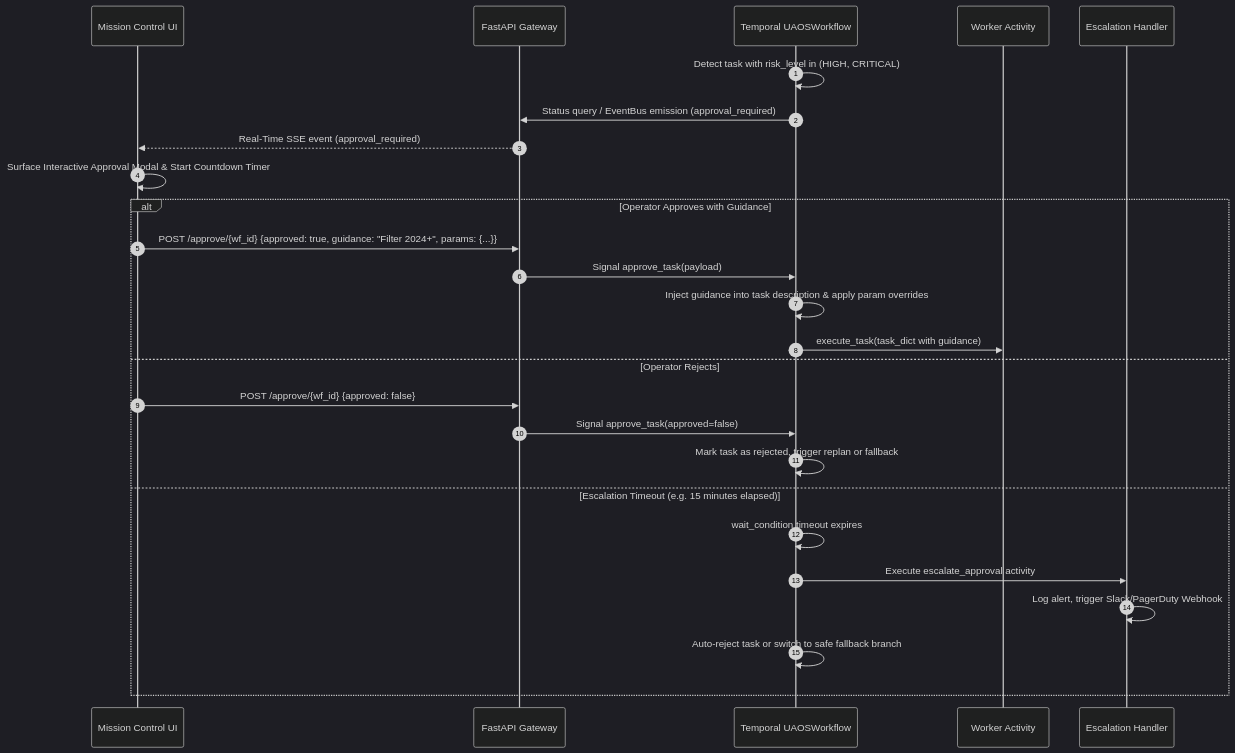
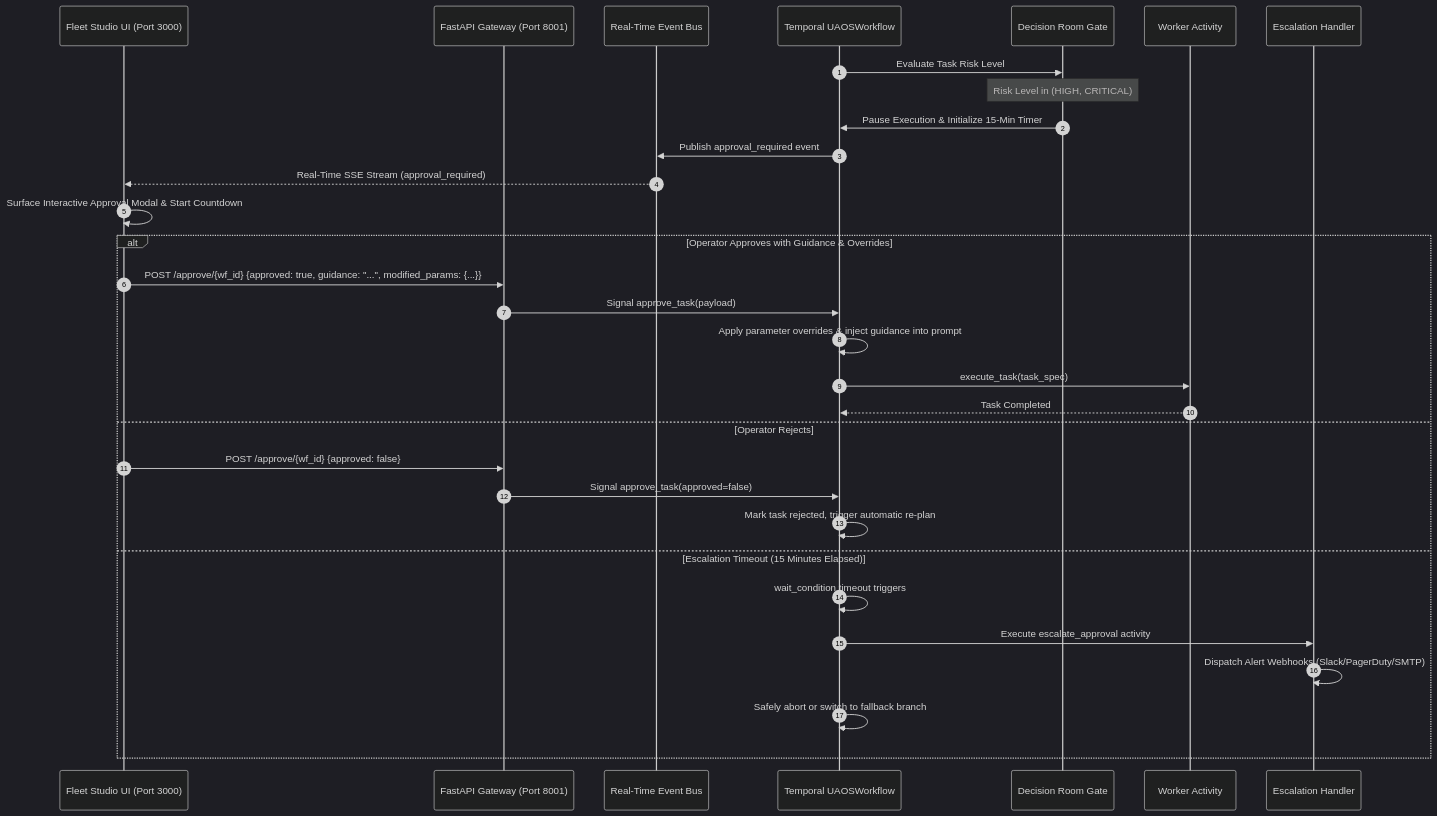
Before and after one commit to Karim-Elwaly/aiagent: the third of 3 diagrams in docs/ARCHITECTURE.md, drawn with Mermaid (dark theme). The commit also changed other lines of this file and 34 other files, not shown here.

````diff
--- a/docs/ARCHITECTURE.md
+++ b/docs/ARCHITECTURE.md
@@ -164,30 +291,35 @@
 ```mermaid
 sequenceDiagram
     autonumber
-    participant UI as Mission Control UI
-    participant API as FastAPI Gateway
+    participant UI as Fleet Studio UI (Port 3000)
+    participant API as FastAPI Gateway (Port 8001)
+    participant EB as Real-Time Event Bus
     participant WF as Temporal UAOSWorkflow
+    participant DR as Decision Room Gate
     participant ACT as Worker Activity
     participant ESC as Escalation Handler
 
-    WF->>WF: Detect task with risk_level in (HIGH, CRITICAL)
-    WF->>API: Status query / EventBus emission (approval_required)
-    API-->>UI: Real-Time SSE event (approval_required)
-    UI->>UI: Surface Interactive Approval Modal & Start Countdown Timer
+    WF->>DR: Evaluate Task Risk Level
+    Note over DR: Risk Level in (HIGH, CRITICAL)
+    DR->>WF: Pause Execution & Initialize 15-Min Timer
+    WF->>EB: Publish approval_required event
+    EB-->>UI: Real-Time SSE Stream (approval_required)
+    UI->>UI: Surface Interactive Approval Modal & Start Countdown
 
-    alt Operator Approves with Guidance
-        UI->>API: POST /approve/{wf_id} {approved: true, guidance: "Filter 2024+", params: {...}}
+    alt Operator Approves with Guidance & Overrides
+        UI->>API: POST /approve/{wf_id} {approved: true, guidance: "...", modified_params: {...}}
         API->>WF: Signal approve_task(payload)
-        WF->>WF: Inject guidance into task description & apply param overrides
-        WF->>ACT: execute_task(task_dict with guidance)
+        WF->>WF: Apply parameter overrides & inject guidance into prompt
+        WF->>ACT: execute_task(task_spec)
+        ACT-->>WF: Task Completed
     else Operator Rejects
         UI->>API: POST /approve/{wf_id} {approved: false}
         API->>WF: Signal approve_task(approved=false)
-        WF->>WF: Mark task as rejected, trigger replan or fallback
-    else Escalation Timeout (e.g. 15 minutes elapsed)
-        WF->>WF: wait_condition timeout expires
+        WF->>WF: Mark task rejected, trigger automatic re-plan
+    else Escalation Timeout (15 Minutes Elapsed)
+        WF->>WF: wait_condition timeout triggers
         WF->>ESC: Execute escalate_approval activity
-        ESC->>ESC: Log alert, trigger Slack/PagerDuty Webhook
-        WF->>WF: Auto-reject task or switch to safe fallback branch
+        ESC->>ESC: Dispatch Alert Webhooks (Slack/PagerDuty/SMTP)
+        WF->>WF: Safely abort or switch to fallback branch
     end
 ```
````
